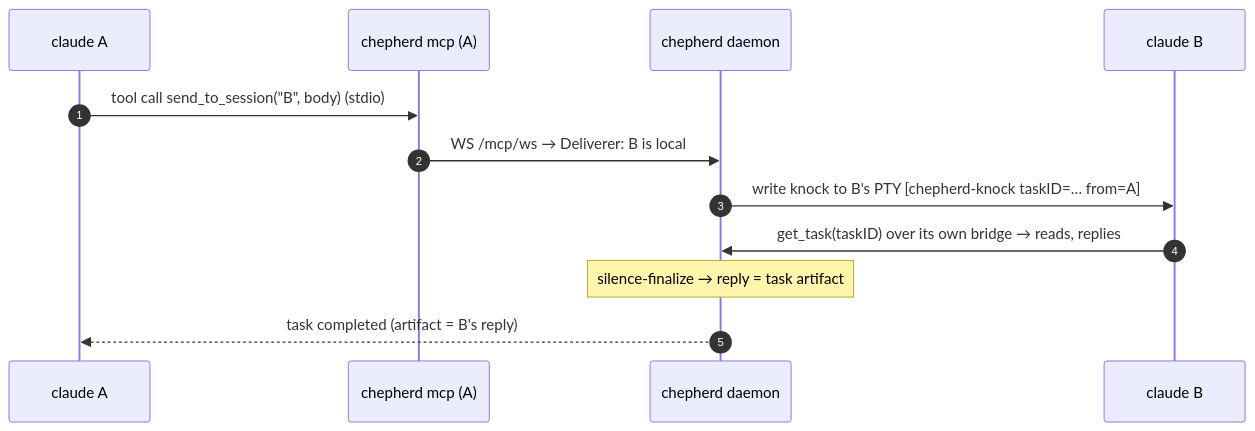
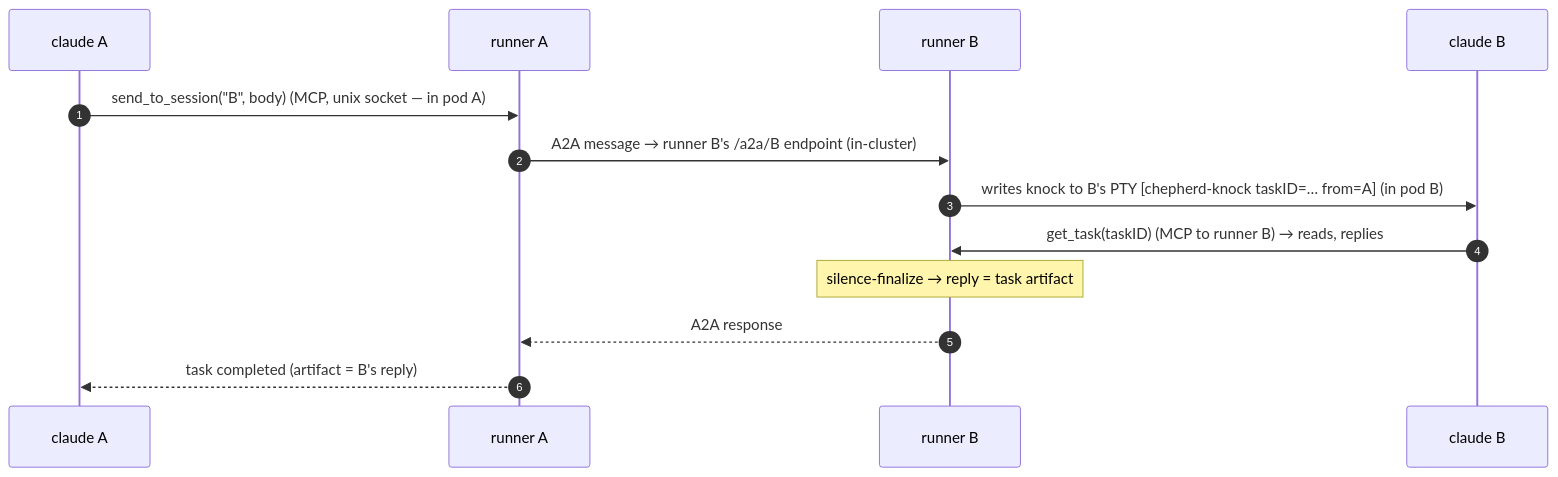
Before and after one commit to agenity-org/agenity: the second of 3 diagrams in docs/A2A-ARCHITECTURE.md, drawn with Mermaid. The commit also changed other lines of this file, not shown here.

First line of the commit message:
docs(a2a): FIX cross-pod-PTY error — runner owns PTY, pods independent

````diff
--- a/docs/A2A-ARCHITECTURE.md
+++ b/docs/A2A-ARCHITECTURE.md
@@ -106,14 +109,15 @@
 ```mermaid
 sequenceDiagram
   autonumber
   participant CLA as claude A
-  participant BRA as chepherd mcp (A)
-  participant D as chepherd daemon
+  participant RA as runner A
+  participant RB as runner B
   participant CLB as claude B
-  CLA->>BRA: tool call send_to_session("B", body)  (stdio)
-  BRA->>D: WS /mcp/ws  → Deliverer: B is local
-  D->>CLB: write knock to B's PTY [chepherd-knock taskID=… from=A]
-  CLB->>D: get_task(taskID) over its own bridge → reads, replies
-  Note over D: silence-finalize → reply = task artifact
-  D-->>CLA: task completed (artifact = B's reply)
+  CLA->>RA: send_to_session("B", body)  (MCP, unix socket — in pod A)
+  RA->>RB: A2A message → runner B's /a2a/B endpoint (in-cluster)
+  RB->>CLB: writes knock to B's PTY [chepherd-knock taskID=… from=A]  (in pod B)
+  CLB->>RB: get_task(taskID)  (MCP to runner B) → reads, replies
+  Note over RB: silence-finalize → reply = task artifact
+  RB-->>RA: A2A response
+  RA-->>CLA: task completed (artifact = B's reply)
 ```
````
